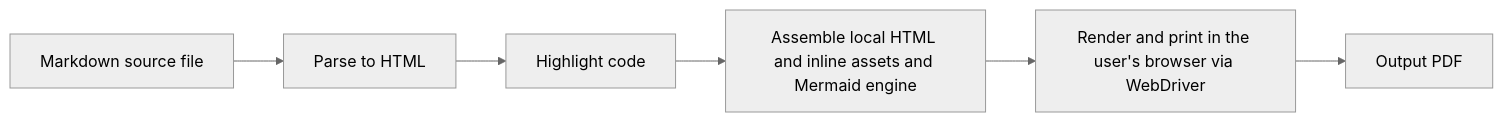
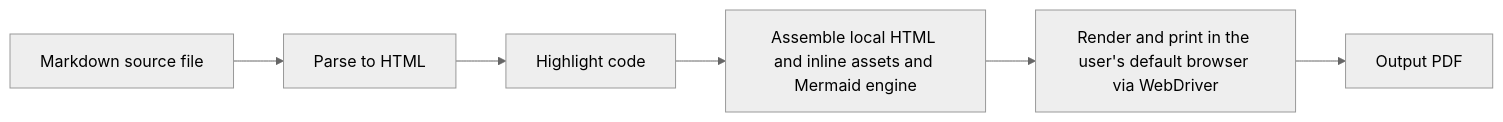
One commit to CognitiveSand/md2pdf changed the diagram in docs/architecture.md. Above: the diagram before and after it, drawn with Mermaid (neutral theme). The commit also changed other lines of this file and 9 other files, not shown here.

Commit message:
fix: resolve merge conflicts and add default browser support

````diff
--- a/docs/architecture.md
+++ b/docs/architecture.md
@@ -67,8 +68,8 @@
 ```mermaid
 flowchart LR
     A[Markdown source file] --> B[Parse to HTML]
     B --> C[Highlight code]
     C --> D[Assemble local HTML and inline assets and Mermaid engine]
-    D --> E[Render and print in the user's browser via WebDriver]
+    D --> E[Render and print in the user's default browser via WebDriver]
     E --> F[Output PDF]
 ```
````
